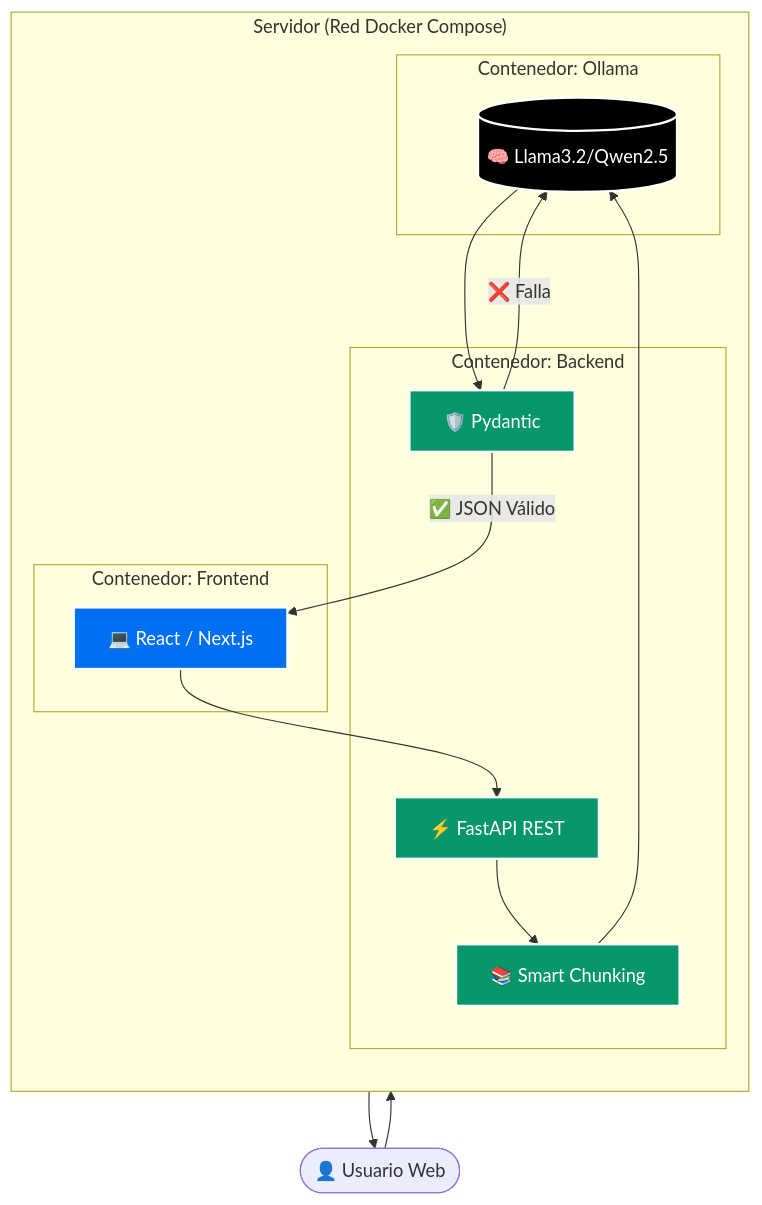
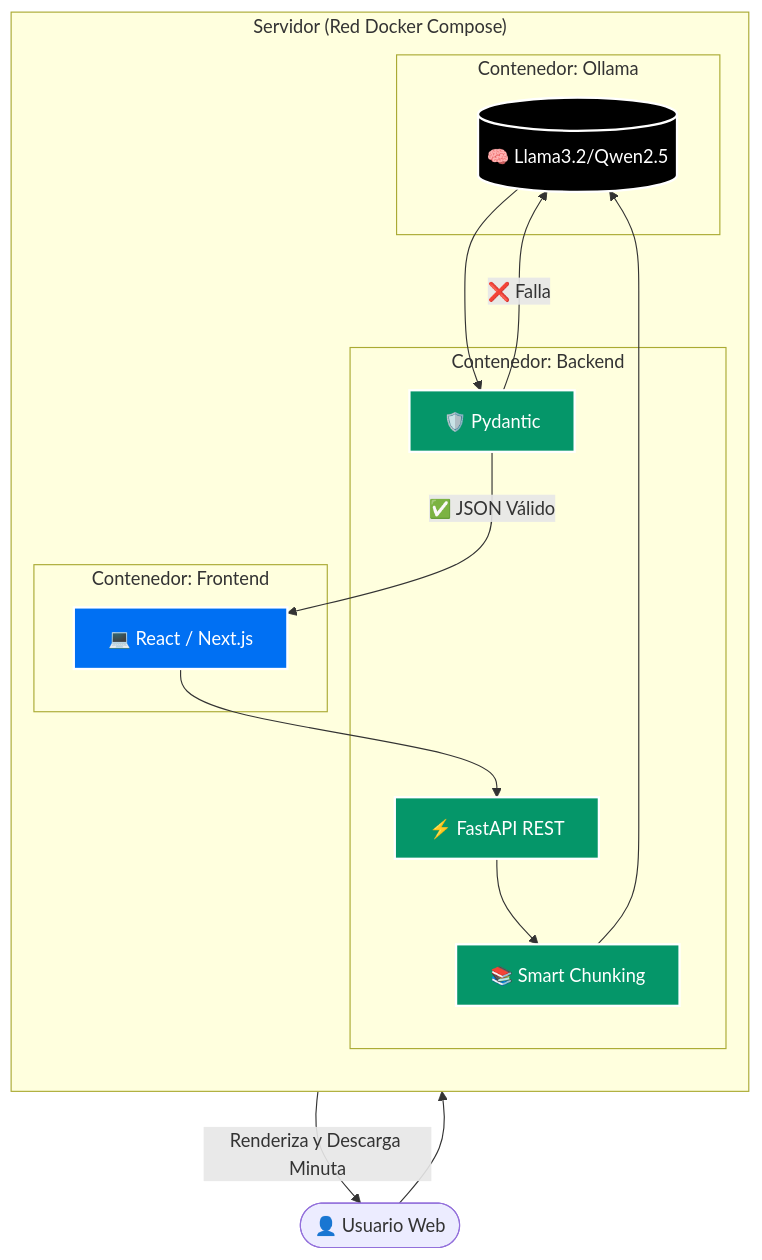
The diagram in README.md (mbaigorriaia-design/minutas-iaV1), drawn with Mermaid before and after one commit.

Commit message:
Docs: Añadir acción de descarga a diagramas de flujo

````diff
--- a/README.md
+++ b/README.md
@@ -15,35 +15,35 @@
 ```mermaid
 graph TD
     classDef frontend fill:#0070f3,stroke:#fff,stroke-width:2px,color:#fff;
     classDef backend fill:#059669,stroke:#fff,stroke-width:2px,color:#fff;
     classDef llm fill:#000000,stroke:#fff,stroke-width:2px,color:#fff;
     classDef server fill:#f5f5f5,stroke:#9e9e9e,stroke-width:2px,stroke-dasharray: 5 5;
 
     User([👤 Usuario Web])
     
     subgraph "Servidor (Red Docker Compose)"
         direction TB
         subgraph "Contenedor: Frontend"
             UI[💻 React / Next.js]:::frontend
         end
         
         subgraph "Contenedor: Backend"
             API[⚡ FastAPI REST]:::backend
             Validator[🛡️ Pydantic]:::backend
             Chunker[📚 Smart Chunking]:::backend
         end
         
         subgraph "Contenedor: Ollama"
             Ollama[(🧠 Llama3.2/Qwen2.5)]:::llm
         end
     end
 
     User --> UI
     UI --> API
     API --> Chunker
     Chunker --> Ollama
     Ollama --> Validator
     Validator -- "❌ Falla" --> Ollama
     Validator -- "✅ JSON Válido" --> UI
-    UI --> User
+    UI -- "Renderiza y Descarga Minuta" --> User
 ```
````
